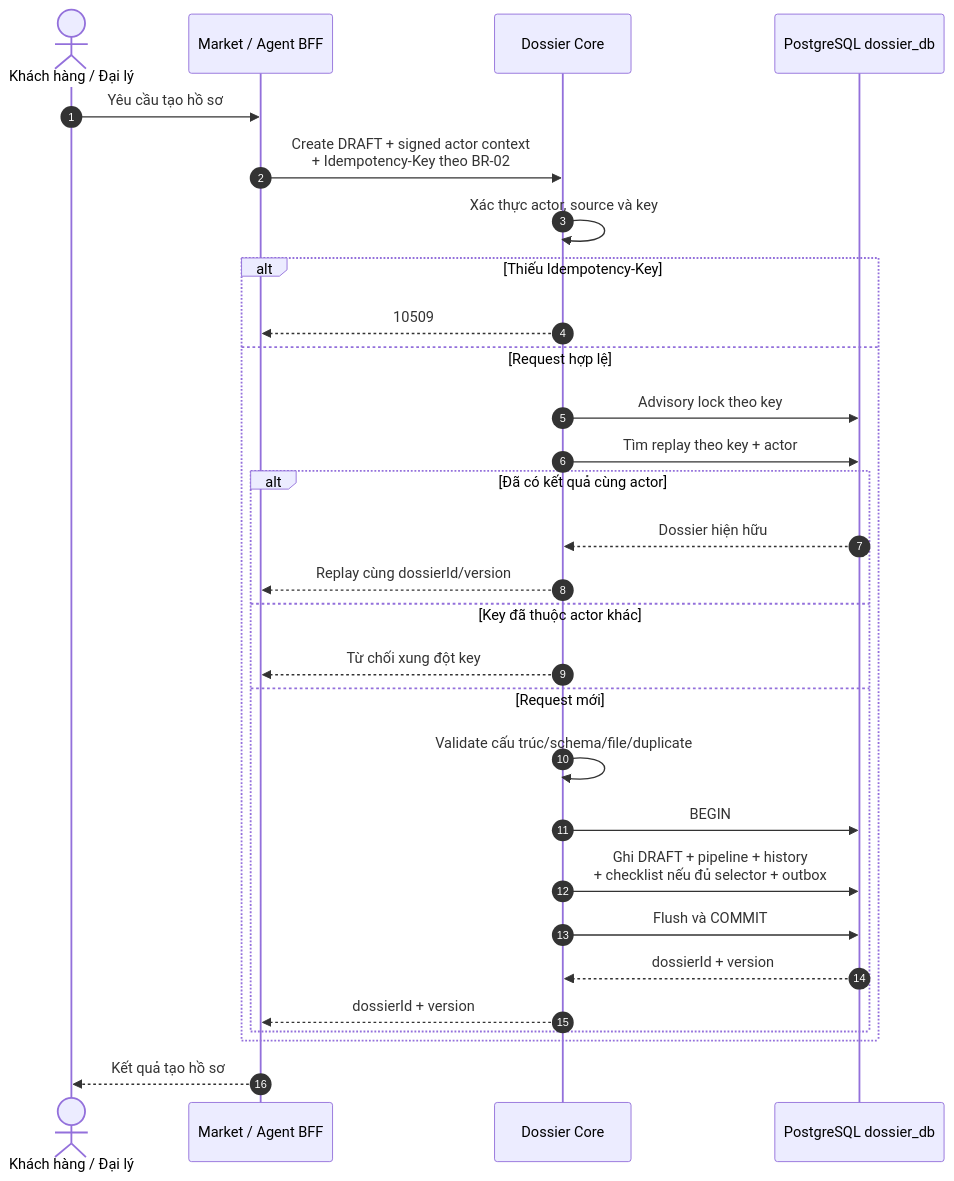
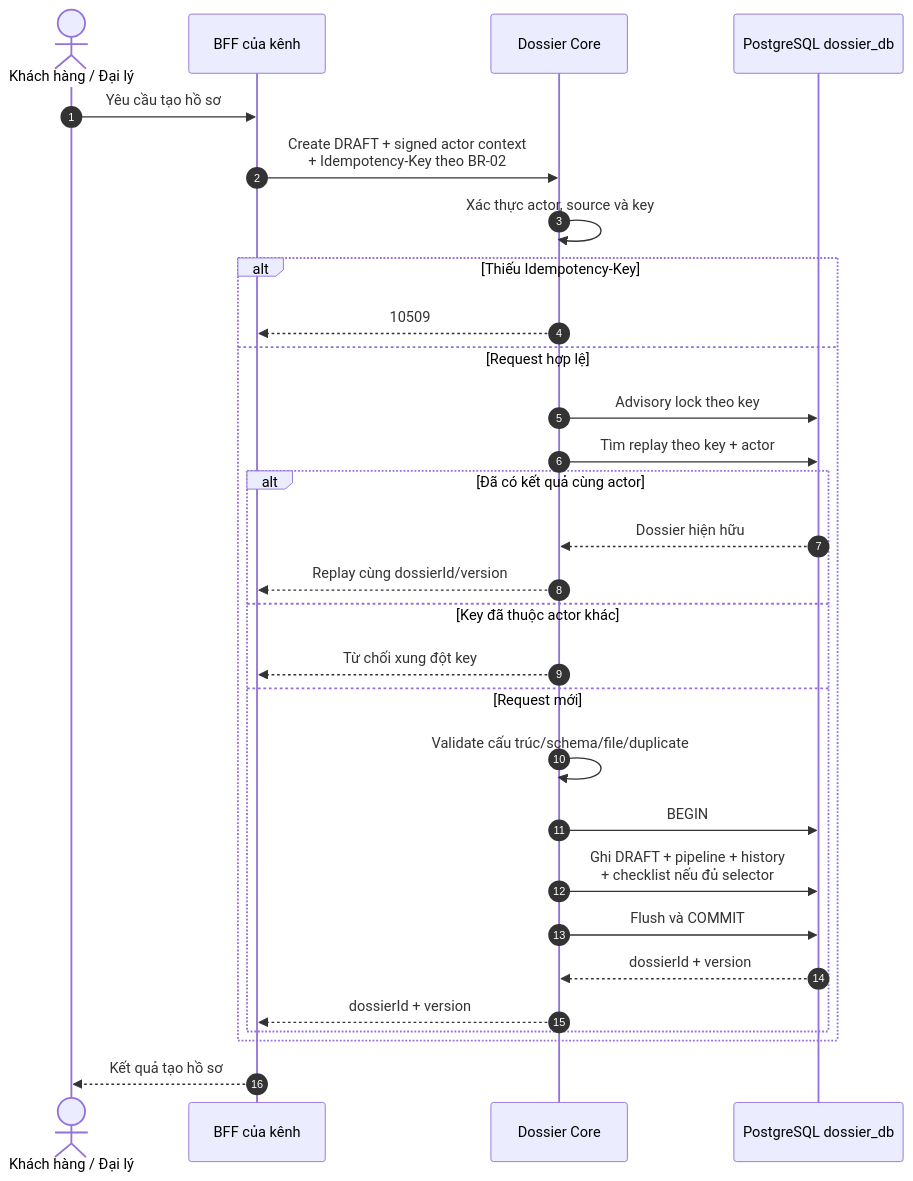
The tenth of 17 diagrams in tdd-dossier.md (huynv-xyz/vhm), drawn with Mermaid before and after one commit. The commit also changed other lines of this file, not shown here.

````diff
--- a/tdd-dossier.md
+++ b/tdd-dossier.md
@@ -1172,32 +1334,32 @@
 ```mermaid
 sequenceDiagram
     autonumber
     actor User as Khách hàng / Đại lý
-    participant BFF as Market / Agent BFF
+    participant BFF as BFF của kênh
     participant Core as Dossier Core
     participant DB as PostgreSQL dossier_db
 
     User->>BFF: Yêu cầu tạo hồ sơ
     BFF->>Core: Create DRAFT + signed actor context<br/>+ Idempotency-Key theo BR-02
     Core->>Core: Xác thực actor, source và key
     alt Thiếu Idempotency-Key
         Core-->>BFF: 10509
     else Request hợp lệ
         Core->>DB: Advisory lock theo key
         Core->>DB: Tìm replay theo key + actor
         alt Đã có kết quả cùng actor
             DB-->>Core: Dossier hiện hữu
             Core-->>BFF: Replay cùng dossierId/version
         else Key đã thuộc actor khác
             Core-->>BFF: Từ chối xung đột key
         else Request mới
             Core->>Core: Validate cấu trúc/schema/file/duplicate
             Core->>DB: BEGIN
-            Core->>DB: Ghi DRAFT + pipeline + history<br/>+ checklist nếu đủ selector + outbox
+            Core->>DB: Ghi DRAFT + pipeline + history<br/>+ checklist nếu đủ selector
             Core->>DB: Flush và COMMIT
             DB-->>Core: dossierId + version
             Core-->>BFF: dossierId + version
         end
     end
     BFF-->>User: Kết quả tạo hồ sơ
 ```
````
